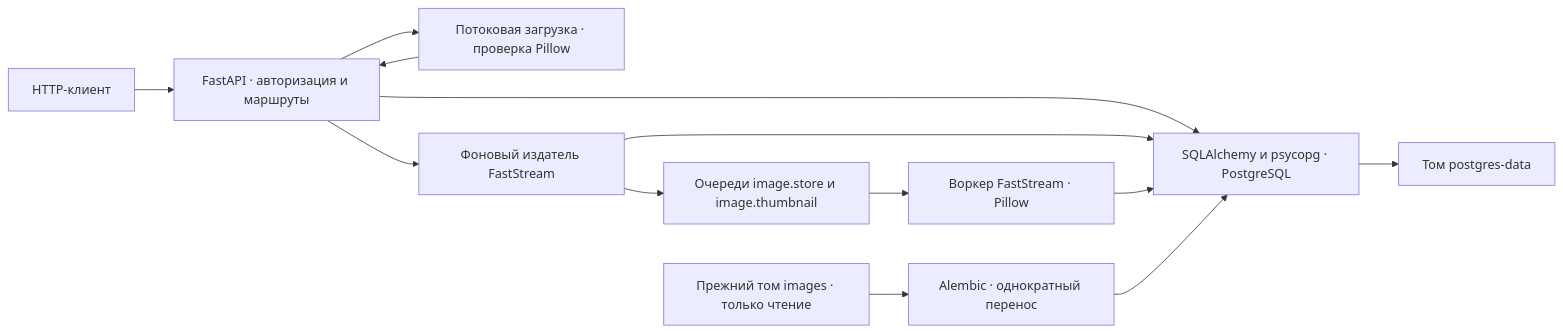
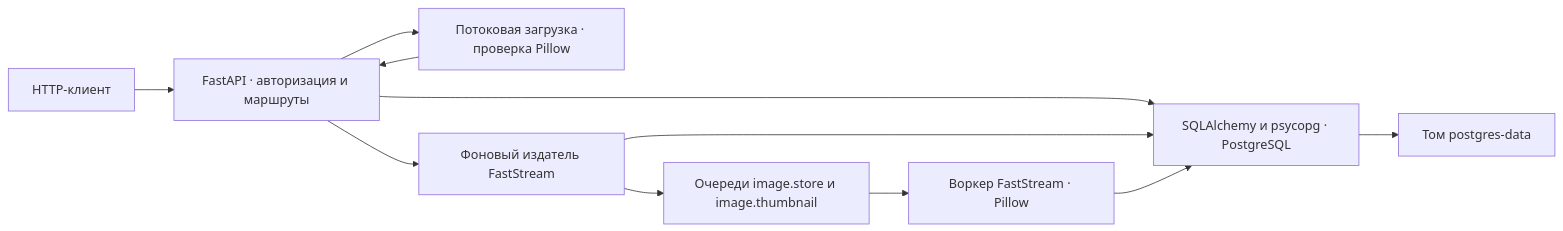
One commit to glebuzheg/image-storage-api changed the diagram in ARCHITECTURE.md. Above: the diagram before and after it, drawn with Mermaid. The commit also changed other lines of this file and 14 other files, not shown here.

````diff
--- a/ARCHITECTURE.md
+++ b/ARCHITECTURE.md
@@ -7,15 +7,13 @@
 ```mermaid
 flowchart LR
     Client["HTTP-клиент"] --> API["FastAPI · авторизация и маршруты"]
     API --> Upload["Потоковая загрузка · проверка Pillow"]
     API --> DB["SQLAlchemy и psycopg · PostgreSQL"]
     Upload --> API
     API --> Relay["Фоновый издатель FastStream"]
     Relay --> DB
     Relay --> Broker["Очереди image.store и image.thumbnail"]
     Broker --> Worker["Воркер FastStream · Pillow"]
     Worker --> DB
     DB --> Volume["Том postgres-data"]
-    Legacy["Прежний том images · только чтение"] --> Migration["Alembic · однократный перенос"]
-    Migration --> DB
 ```
````
